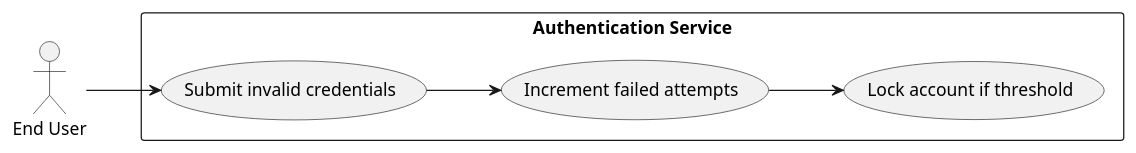
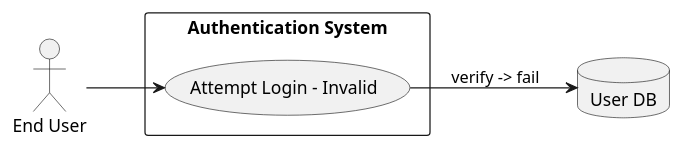
Before and after one commit to Hadiya-Kanini/Demo: the second of 9 diagrams in .propel/context/docs/spec.md, drawn with PlantUML. The commit also changed other lines of this file, not shown here.

````diff
--- a/.propel/context/docs/spec.md
+++ b/.propel/context/docs/spec.md
@@ -208,17 +182,15 @@
 ```plantuml
 @startuml
 left to right direction
 skinparam packageStyle rectangle
 
-actor "End User" as EndUser
-rectangle "Authentication Service" {
-  usecase (Submit invalid credentials) as UC1
-  usecase (Increment failed attempts) as UC2
-  usecase (Lock account if threshold) as UC3
+actor "End User" as User
+rectangle "Authentication System" {
+  usecase (Attempt Login - Invalid) as UC2
 }
+database "User DB" as DB
 
-EndUser --> UC1
-UC1 --> UC2
-UC2 --> UC3
+User --> UC2
+UC2 --> DB : verify -> fail
 @enduml
 ```
````
